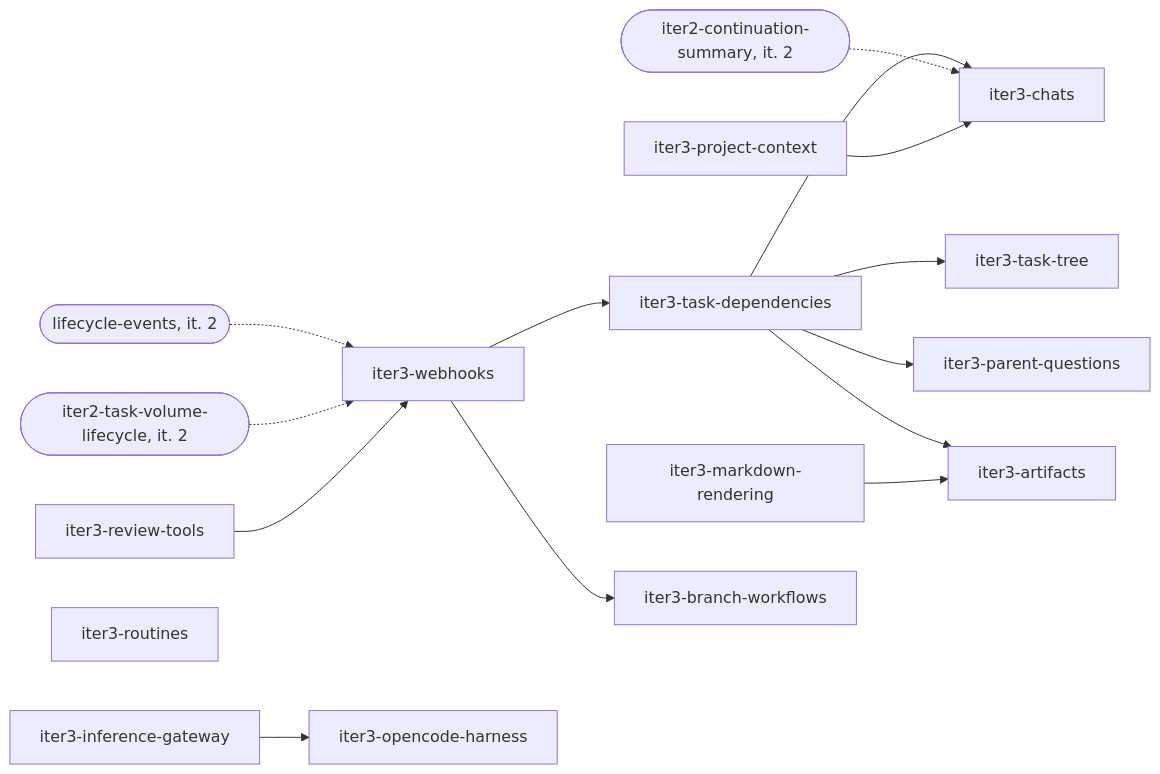
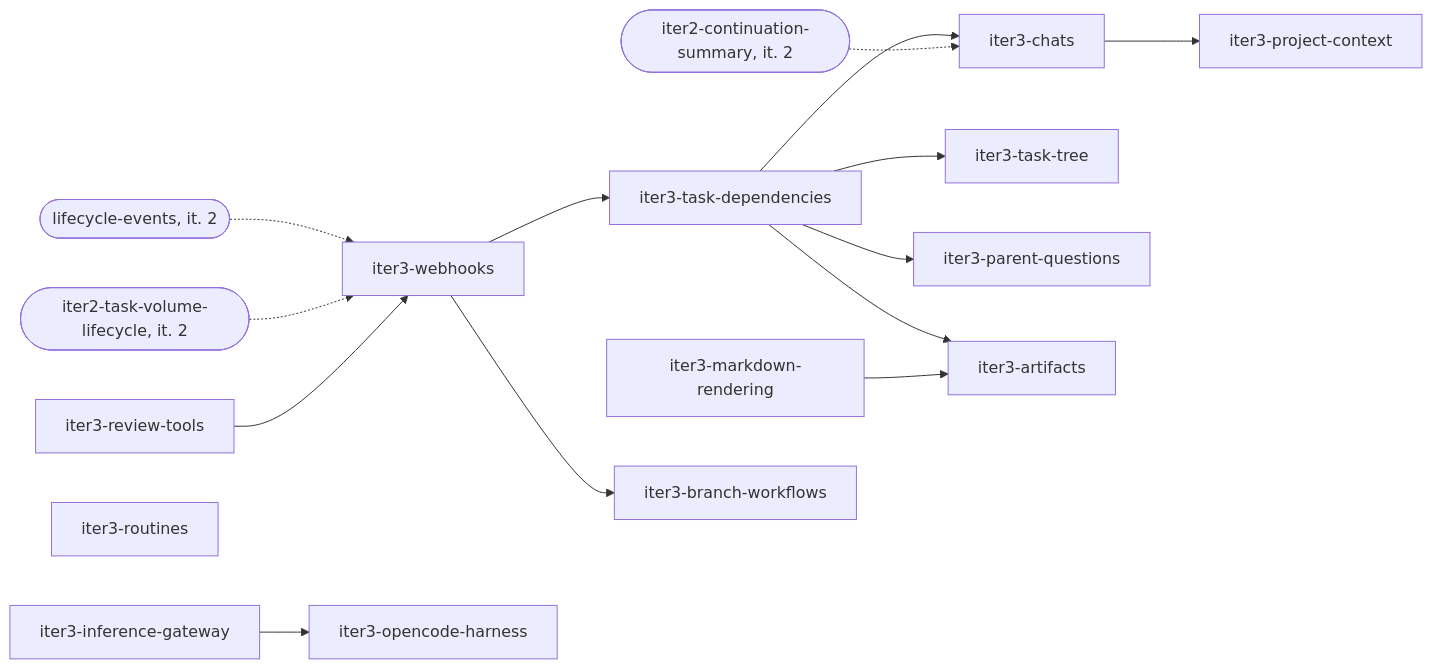
The diagram in product/iterations/iteration-3.md (prskr/dark-factory), drawn with Mermaid before and after one commit. The commit also changed other lines of this file and 4 other files, not shown here.

First line of the commit message:
docs(adr): project context for chats only, changed by approval (ADR-0026 amended)

````diff
--- a/product/iterations/iteration-3.md
+++ b/product/iterations/iteration-3.md
@@ -35,17 +35,17 @@
 ```mermaid
 flowchart LR
   LE([lifecycle-events, it. 2]) -.-> WH
   TV([iter2-task-volume-lifecycle, it. 2]) -.-> WH
   RT[iter3-review-tools] --> WH[iter3-webhooks]
   WH --> TD[iter3-task-dependencies]
   TD --> CH[iter3-chats]
   CS([iter2-continuation-summary, it. 2]) -.-> CH
-  PC[iter3-project-context] --> CH
+  CH --> PC[iter3-project-context]
   TD --> TT[iter3-task-tree]
   TD --> PQ[iter3-parent-questions]
   TD --> AR[iter3-artifacts]
   MR[iter3-markdown-rendering] --> AR
   WH --> BW[iter3-branch-workflows]
   RO[iter3-routines]
   IG[iter3-inference-gateway] --> OC[iter3-opencode-harness]
 ```
````
